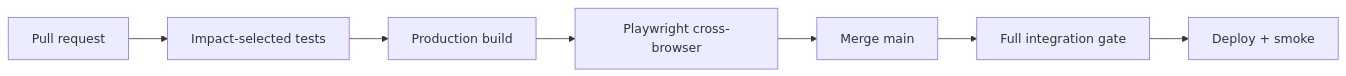
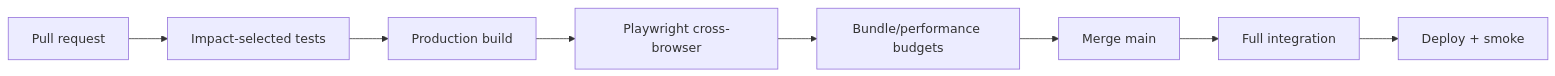
Before and after one commit to royleon4/huang_yeh_wedding: the diagram in README.md, drawn with Mermaid. The commit also changed other lines of this file, not shown here.

Commit message:
Bring README to current Phase 2 performance baseline

````diff
--- a/README.md
+++ b/README.md
@@ -119,9 +121,10 @@
 ```mermaid
 flowchart LR
   PR[Pull request] --> Impact[Impact-selected tests]
   Impact --> Build[Production build]
   Build --> Browser[Playwright cross-browser]
-  Browser --> Main[Merge main]
-  Main --> Full[Full integration gate]
+  Browser --> Budget[Bundle/performance budgets]
+  Budget --> Main[Merge main]
+  Main --> Full[Full integration]
   Full --> Deploy[Deploy + smoke]
 ```
````
